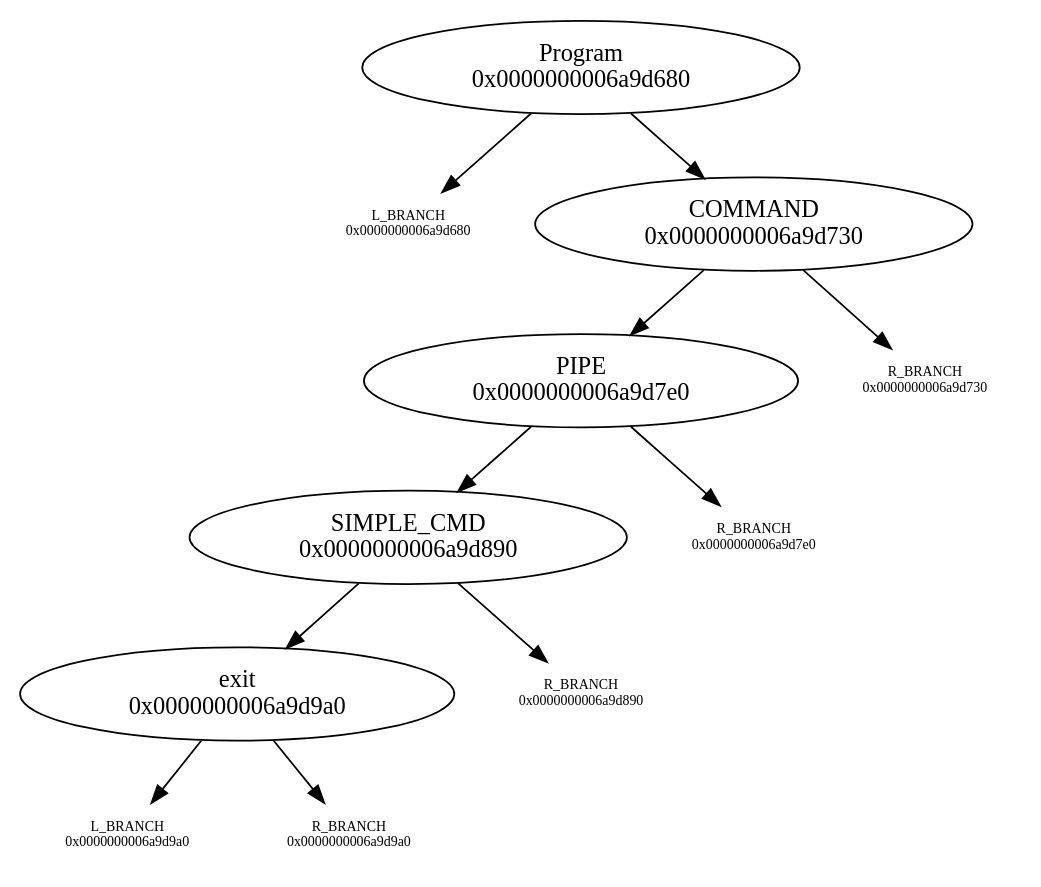
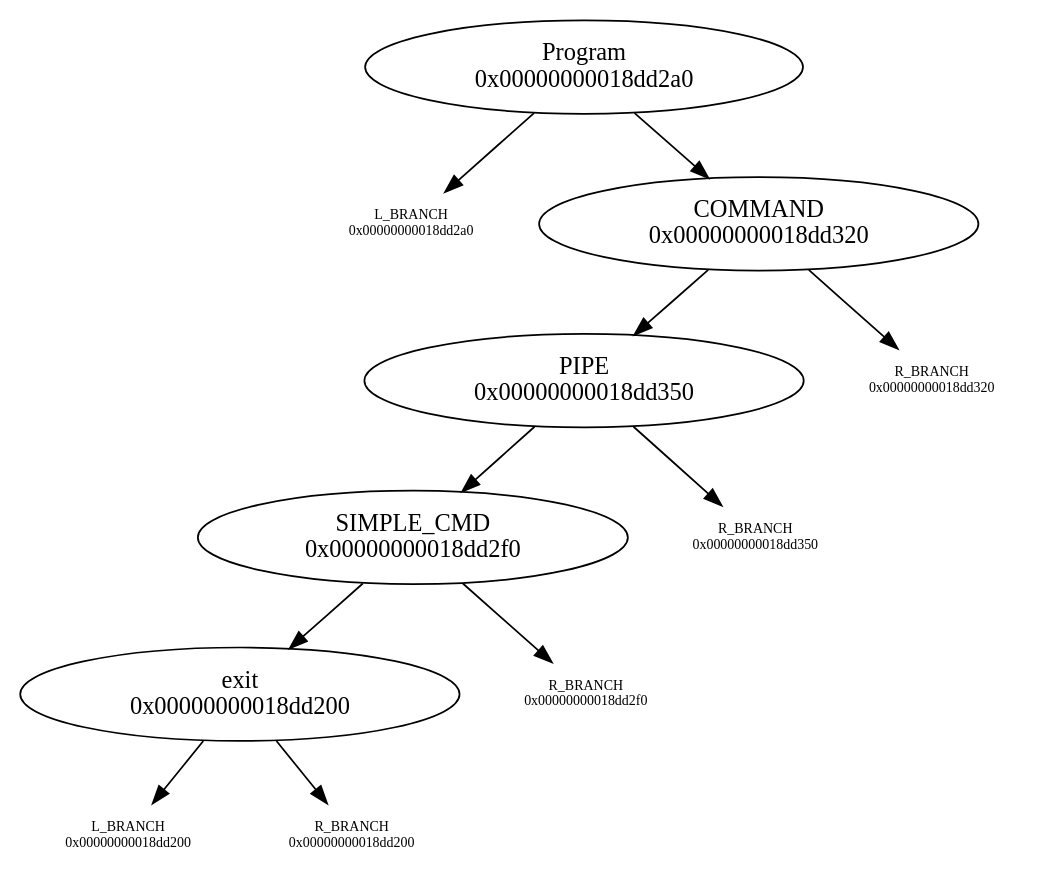
Before and after one commit to N-4-Nina/Minishell: the diagram in graph.dot, drawn with Graphviz. The commit also changed 18 other files, not shown here.

```diff
--- a/graph.dot
+++ b/graph.dot
@@ -1,19 +1,19 @@
 digraph graphname {
-"Program\n0x0000000006a9d680" -> "L_BRANCH\n0x0000000006a9d680";
-"L_BRANCH\n0x0000000006a9d680" [shape=none fontsize=8]
-"Program\n0x0000000006a9d680" -> "COMMAND\n0x0000000006a9d730";
-"COMMAND\n0x0000000006a9d730" -> "PIPE\n0x0000000006a9d7e0";
-"COMMAND\n0x0000000006a9d730" -> "R_BRANCH\n0x0000000006a9d730";
-"R_BRANCH\n0x0000000006a9d730" [shape=none fontsize=8]
-"PIPE\n0x0000000006a9d7e0" -> "SIMPLE_CMD\n0x0000000006a9d890";
-"PIPE\n0x0000000006a9d7e0" -> "R_BRANCH\n0x0000000006a9d7e0";
-"R_BRANCH\n0x0000000006a9d7e0" [shape=none fontsize=8]
-"SIMPLE_CMD\n0x0000000006a9d890" -> "exit\n0x0000000006a9d9a0";
-"SIMPLE_CMD\n0x0000000006a9d890" -> "R_BRANCH\n0x0000000006a9d890";
-"R_BRANCH\n0x0000000006a9d890" [shape=none fontsize=8]
-"exit\n0x0000000006a9d9a0" -> "L_BRANCH\n0x0000000006a9d9a0";
-"L_BRANCH\n0x0000000006a9d9a0" [shape=none fontsize=8]
-"exit\n0x0000000006a9d9a0" -> "R_BRANCH\n0x0000000006a9d9a0";
-"R_BRANCH\n0x0000000006a9d9a0" [shape=none fontsize=8]
+"Program\n0x00000000018dd2a0" -> "L_BRANCH\n0x00000000018dd2a0";
+"L_BRANCH\n0x00000000018dd2a0" [shape=none fontsize=8]
+"Program\n0x00000000018dd2a0" -> "COMMAND\n0x00000000018dd320";
+"COMMAND\n0x00000000018dd320" -> "PIPE\n0x00000000018dd350";
+"COMMAND\n0x00000000018dd320" -> "R_BRANCH\n0x00000000018dd320";
+"R_BRANCH\n0x00000000018dd320" [shape=none fontsize=8]
+"PIPE\n0x00000000018dd350" -> "SIMPLE_CMD\n0x00000000018dd2f0";
+"PIPE\n0x00000000018dd350" -> "R_BRANCH\n0x00000000018dd350";
+"R_BRANCH\n0x00000000018dd350" [shape=none fontsize=8]
+"SIMPLE_CMD\n0x00000000018dd2f0" -> "exit\n0x00000000018dd200";
+"SIMPLE_CMD\n0x00000000018dd2f0" -> "R_BRANCH\n0x00000000018dd2f0";
+"R_BRANCH\n0x00000000018dd2f0" [shape=none fontsize=8]
+"exit\n0x00000000018dd200" -> "L_BRANCH\n0x00000000018dd200";
+"L_BRANCH\n0x00000000018dd200" [shape=none fontsize=8]
+"exit\n0x00000000018dd200" -> "R_BRANCH\n0x00000000018dd200";
+"R_BRANCH\n0x00000000018dd200" [shape=none fontsize=8]
 
 }
```
